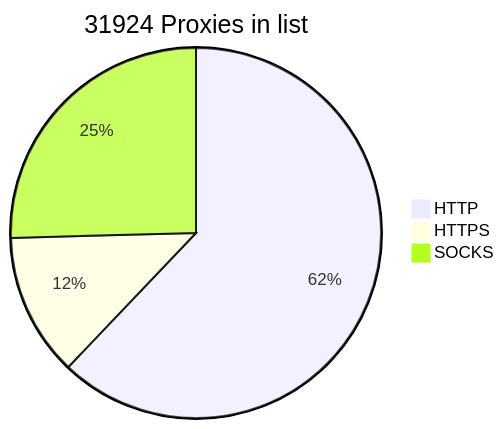
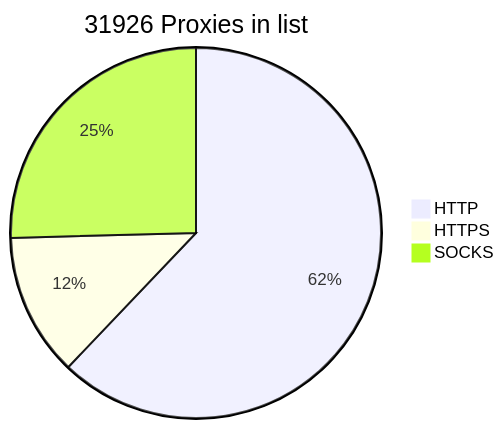
One commit to BlackSnowDot/proxylist-update-every-minute changed the diagram in README.md. Above: the diagram before and after it, drawn with Mermaid.

````diff
--- a/README.md
+++ b/README.md
@@ -2,6 +2,6 @@
 ```mermaid
-pie title 31924 Proxies in list
-    "HTTP" : 21902
+pie title 31926 Proxies in list
+    "HTTP" : 21904
     "HTTPS": 4397
     "SOCKS" : 8965
 ```
````
